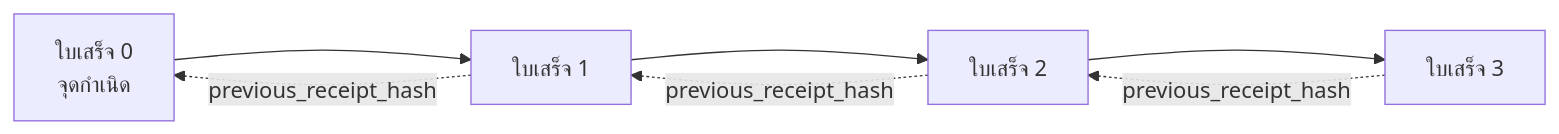
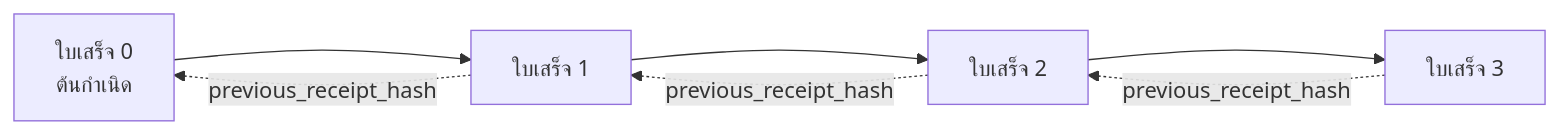
One commit to gabrielmoreira/agent-skills-mirror changed the second of 2 diagrams in mirrors/repos/microsoft@ai-agents-for-beginners/translations/th/18-securing-ai-agents/README.md. Above: the diagram before and after it, drawn with Mermaid. The commit also changed other lines of this file and 8886 other files, not shown here.

````diff
--- a/mirrors/repos/microsoft@ai-agents-for-beginners/translations/th/18-securing-ai-agents/README.md
+++ b/mirrors/repos/microsoft@ai-agents-for-beginners/translations/th/18-securing-ai-agents/README.md
@@ -206,9 +206,9 @@
 ```mermaid
 flowchart LR
-    R0[ใบเสร็จ 0<br/>จุดกำเนิด] --> R1[ใบเสร็จ 1]
+    R0[ใบเสร็จ 0<br/>ต้นกำเนิด] --> R1[ใบเสร็จ 1]
     R1 --> R2[ใบเสร็จ 2]
     R2 --> R3[ใบเสร็จ 3]
     R1 -. previous_receipt_hash .-> R0
     R2 -. previous_receipt_hash .-> R1
     R3 -. previous_receipt_hash .-> R2
 ```
````
